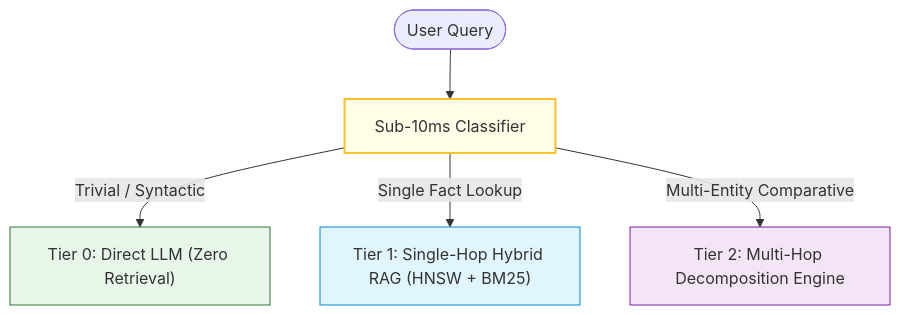
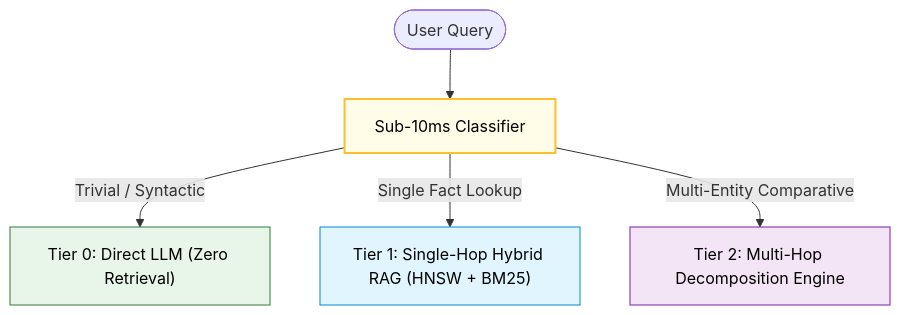
One commit to swapnil3104/RAG-Engineering changed the fifth of 5 diagrams in 06-Advanced-RAG/Adaptive-RAG.md. Above: the diagram before and after it, drawn with Mermaid. The commit also changed other lines of this file and 108 other files, not shown here.

Commit message:
fix: make chart text visible across all Mermaid diagrams and resolve markdown table formatting issues

````diff
--- a/06-Advanced-RAG/Adaptive-RAG.md
+++ b/06-Advanced-RAG/Adaptive-RAG.md
@@ -441,13 +441,13 @@
 ```mermaid
 flowchart TD
     In([User Query]) --> FastClass["Sub-10ms Classifier"]
     
     FastClass -->|Trivial / Syntactic| T0["Tier 0: Direct LLM (Zero Retrieval)"]
     FastClass -->|Single Fact Lookup| T1["Tier 1: Single-Hop Hybrid RAG (HNSW + BM25)"]
     FastClass -->|Multi-Entity Comparative| T2["Tier 2: Multi-Hop Decomposition Engine"]
 
-    style FastClass fill:#fffde7,stroke:#fbc02d,stroke-width:2px
-    style T0 fill:#e8f5e9,stroke:#2e7d32,stroke-width:1px
-    style T1 fill:#e1f5fe,stroke:#0288d1,stroke-width:1px
-    style T2 fill:#f3e5f5,stroke:#7b1fa2,stroke-width:1px
+    style FastClass fill:#fffde7,stroke:#fbc02d,stroke-width:2px,color:#000000
+    style T0 fill:#e8f5e9,stroke:#2e7d32,stroke-width:1px,color:#000000
+    style T1 fill:#e1f5fe,stroke:#0288d1,stroke-width:1px,color:#000000
+    style T2 fill:#f3e5f5,stroke:#7b1fa2,stroke-width:1px,color:#000000
 ```
````
